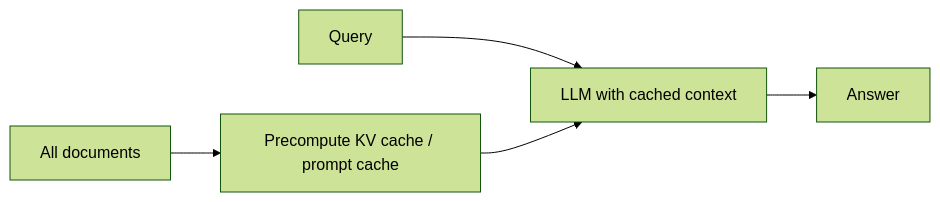
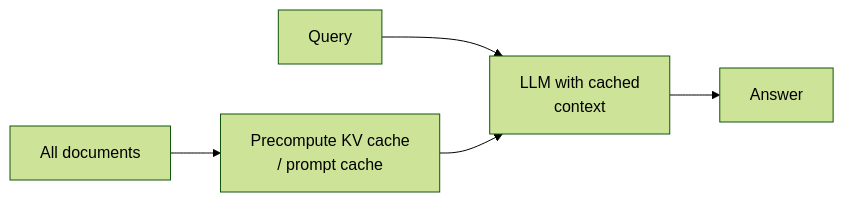
Before and after one commit to ajay-nikumbh/RAG-From-Basics-to-Production: the diagram in 21. Cache Augmented Generation/README.md, drawn with Mermaid (forest theme). The commit also changed other lines of this file and 38 other files, not shown here.

First line of the commit message:
Group root README by pattern, widen tables, wrap diagram labels

````diff
--- a/21. Cache Augmented Generation/README.md
+++ b/21. Cache Augmented Generation/README.md
@@ -24,6 +24,6 @@
 ```mermaid
 flowchart LR
-    D[All documents] --> PC[Precompute KV cache / prompt cache]
-    Q[Query] --> L[LLM with cached context]
+    D[All documents] --> PC[Precompute KV cache<br/>/ prompt cache]
+    Q[Query] --> L[LLM with cached<br/>context]
     PC --> L --> A[Answer]
 ```
````
